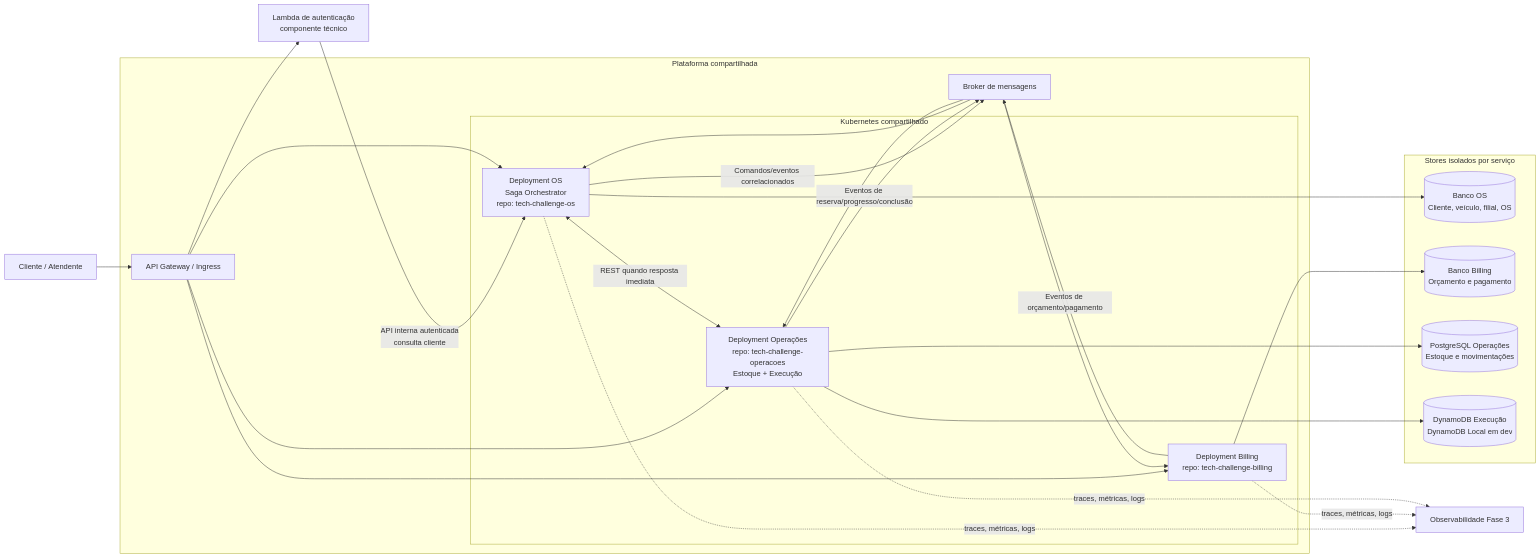
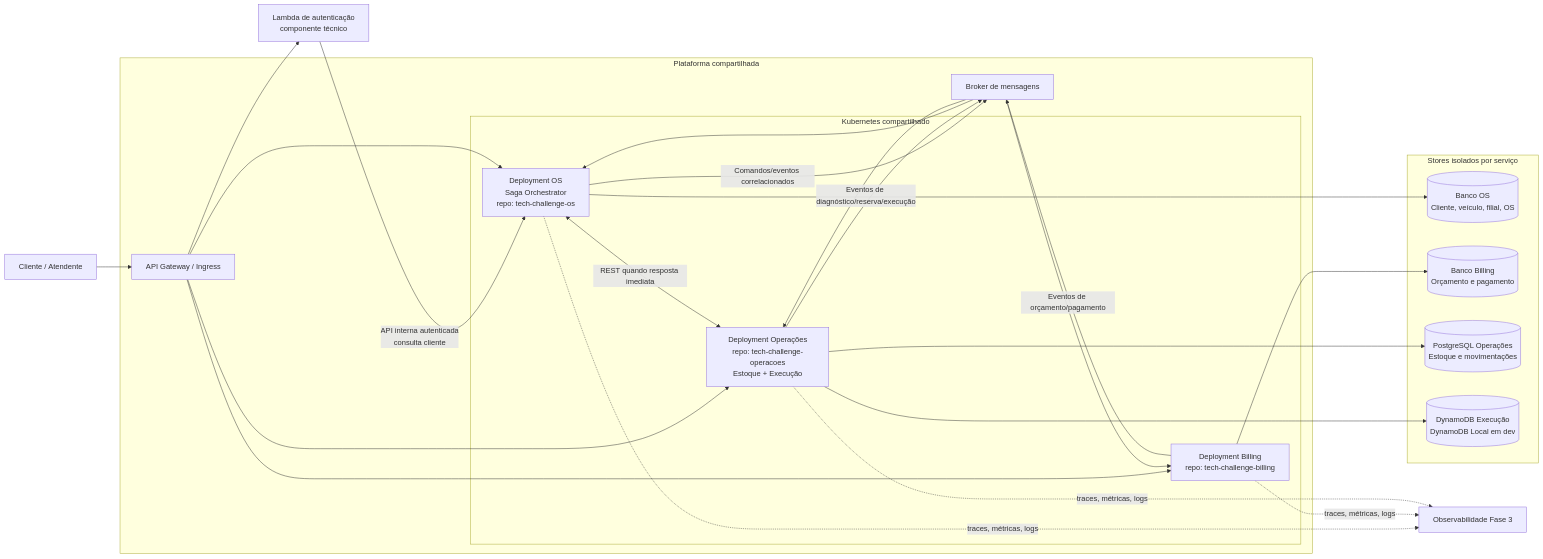
The diagram in diagramas/diagrama-componentes-fase4.md (LucazDenadai/tech-challenge-docs), drawn with Mermaid before and after one commit. The commit also changed 8 other files, not shown here.

First line of the commit message:
docs: leva contratos AsyncAPI ao main e define progresso da execução (#20)

````diff
--- a/diagramas/diagrama-componentes-fase4.md
+++ b/diagramas/diagrama-componentes-fase4.md
@@ -5,47 +5,47 @@
 ```mermaid
 flowchart LR
     Client[Cliente / Atendente]
 
     subgraph Platform[Plataforma compartilhada]
         APIGW[API Gateway / Ingress]
         Broker[Broker de mensagens]
         subgraph Cluster[Kubernetes compartilhado]
             OS[Deployment OS\nSaga Orchestrator\nrepo: tech-challenge-os]
             Billing[Deployment Billing\nrepo: tech-challenge-billing]
             Ops[Deployment Operações\nrepo: tech-challenge-operacoes\nEstoque + Execução]
         end
     end
 
     Lambda[Lambda de autenticação\ncomponente técnico]
 
     subgraph Stores[Stores isolados por serviço]
         OSDB[(Banco OS\nCliente, veículo, filial, OS)]
         BillingDB[(Banco Billing\nOrçamento e pagamento)]
         OpsSQL[(PostgreSQL Operações\nEstoque e movimentações)]
         OpsNoSQL[(DynamoDB Execução\nDynamoDB Local em dev)]
     end
 
     Observability[Observabilidade Fase 3]
 
     Client --> APIGW
     APIGW --> Lambda
     Lambda -->|API interna autenticada\nconsulta cliente| OS
     APIGW --> OS
     APIGW --> Billing
     APIGW --> Ops
     OS <-->|REST quando resposta imediata| Ops
     OS -->|Comandos/eventos correlacionados| Broker
     Billing -->|Eventos de orçamento/pagamento| Broker
-    Ops -->|Eventos de reserva/progresso/conclusão| Broker
+    Ops -->|Eventos de diagnóstico/reserva/execução| Broker
     Broker --> OS
     Broker --> Billing
     Broker --> Ops
     OS --> OSDB
     Billing --> BillingDB
     Ops --> OpsSQL
     Ops --> OpsNoSQL
 
     OS -.->|traces, métricas, logs| Observability
     Billing -.->|traces, métricas, logs| Observability
     Ops -.->|traces, métricas, logs| Observability
 ```
````
